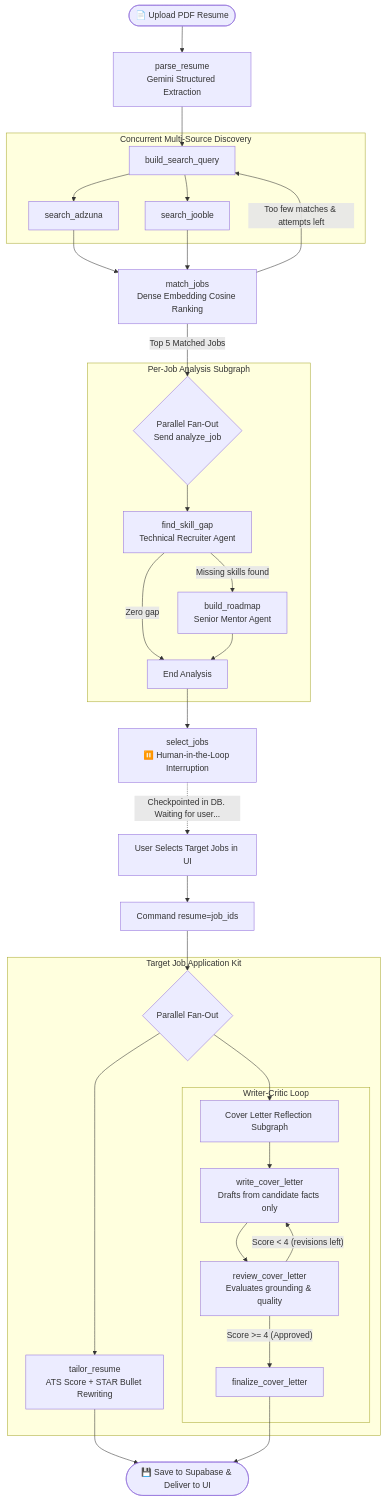
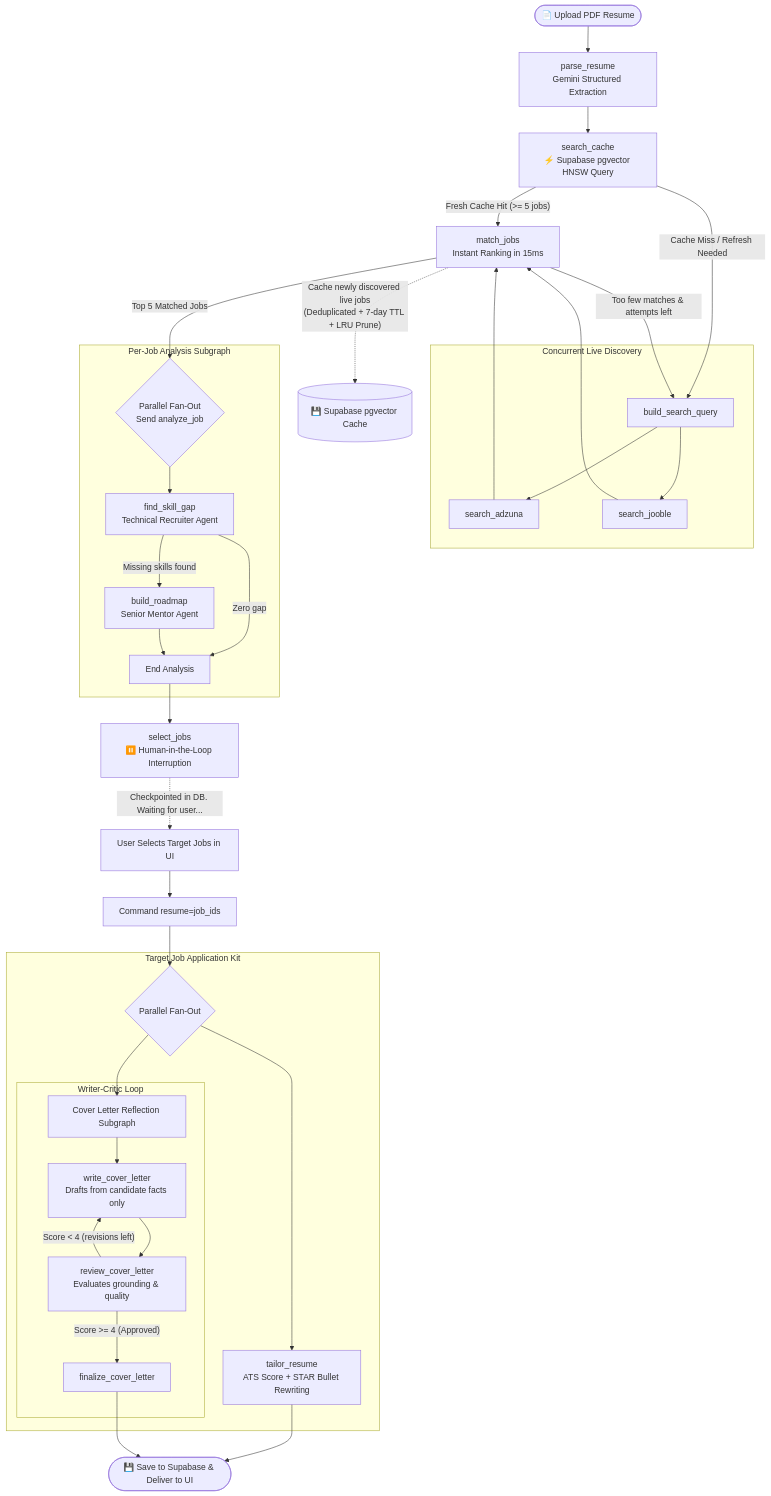
Before and after one commit to PranjalPV/agentic-job-ai: the diagram in README.md, drawn with Mermaid. The commit also changed other lines of this file and 8 other files, not shown here.

Commit message:
feat: implement bounded shared vector cache with pgvector, HNSW indexing, 7-day TTL, and LRU pruning

````diff
--- a/README.md
+++ b/README.md
@@ -35,45 +36,50 @@
 ```mermaid
 flowchart TD
     Start([📄 Upload PDF Resume]) --> ParseResume[parse_resume<br/>Gemini Structured Extraction]
-    ParseResume --> BuildQuery[build_search_query]
+    ParseResume --> SearchCache[search_cache<br/>⚡ Supabase pgvector HNSW Query]
     
-    subgraph JobSearch [Concurrent Multi-Source Discovery]
+    SearchCache -- "Fresh Cache Hit (>= 5 jobs)" --> MatchJobs[match_jobs<br/>Instant Ranking in 15ms]
+    SearchCache -- "Cache Miss / Refresh Needed" --> BuildQuery[build_search_query]
+    
+    subgraph JobSearch [Concurrent Live Discovery]
         BuildQuery --> SearchAdzuna[search_adzuna]
         BuildQuery --> SearchJooble[search_jooble]
     end
     
-    SearchAdzuna --> MatchJobs[match_jobs<br/>Dense Embedding Cosine Ranking]
+    SearchAdzuna --> MatchJobs
     SearchJooble --> MatchJobs
+    
+    MatchJobs -. "Cache newly discovered live jobs<br/>(Deduplicated + 7-day TTL + LRU Prune)" .-> CacheDB[(💾 Supabase pgvector Cache)]
     
     MatchJobs -- "Too few matches & attempts left" --> BuildQuery
     MatchJobs -- "Top 5 Matched Jobs" --> FanOutAnalysis{Parallel Fan-Out<br/>Send analyze_job}
     
     subgraph JobAnalysis [Per-Job Analysis Subgraph]
         FanOutAnalysis --> SkillGap[find_skill_gap<br/>Technical Recruiter Agent]
         SkillGap -- "Missing skills found" --> Roadmap[build_roadmap<br/>Senior Mentor Agent]
         SkillGap -- "Zero gap" --> EndAnalysis[End Analysis]
         Roadmap --> EndAnalysis
     end
     
     EndAnalysis --> SelectJobs[select_jobs<br/>⏸️ Human-in-the-Loop Interruption]
     
     SelectJobs -. "Checkpointed in DB. Waiting for user..." .-> UserAction[User Selects Target Jobs in UI]
     UserAction --> ResumeCommand[Command resume=job_ids]
     
     ResumeCommand --> FanOutKit{Parallel Fan-Out}
     
     subgraph ApplicationKit [Target Job Application Kit]
         FanOutKit --> TailorResume[tailor_resume<br/>ATS Score + STAR Bullet Rewriting]
         FanOutKit --> CoverLetterSubgraph[Cover Letter Reflection Subgraph]
         
         subgraph ReflectionLoop [Writer-Critic Loop]
             CoverLetterSubgraph --> Writer[write_cover_letter<br/>Drafts from candidate facts only]
             Writer --> Reviewer[review_cover_letter<br/>Evaluates grounding & quality]
             Reviewer -- "Score < 4 (revisions left)" --> Writer
             Reviewer -- "Score >= 4 (Approved)" --> Finalize[finalize_cover_letter]
         end
     end
     
     TailorResume --> FinalResult([💾 Save to Supabase & Deliver to UI])
     Finalize --> FinalResult
 ```
````
